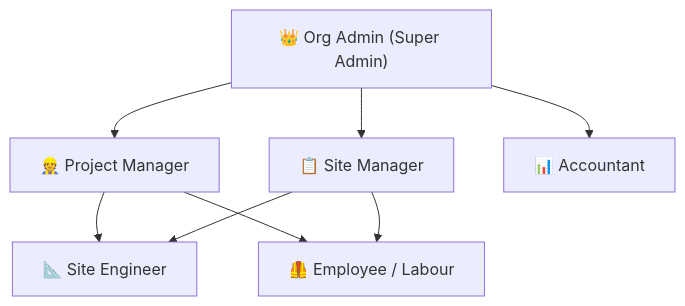
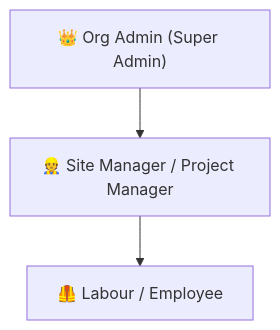
Before and after one commit to Devesh369/Construction-Management: the diagram in docs/BUILDSPHERE_RBAC_PERMISSIONS_GUIDE.md, drawn with Mermaid. The commit also changed other lines of this file and 14 other files, not shown here.

Commit message:
Streamline RBAC to 3 roles: Org Admin, Site Manager / Project Manager, and Labour / Employee

````diff
--- a/docs/BUILDSPHERE_RBAC_PERMISSIONS_GUIDE.md
+++ b/docs/BUILDSPHERE_RBAC_PERMISSIONS_GUIDE.md
@@ -11,17 +11,9 @@
 ```mermaid
 flowchart TD
     OA["👑 Org Admin (Super Admin)"]
-    PM["👷 Project Manager"]
-    SM["📋 Site Manager"]
-    SE["📐 Site Engineer"]
-    ACC["📊 Accountant"]
-    EMP["🦺 Employee / Labour"]
+    SM["👷 Site Manager / Project Manager"]
+    EMP["🦺 Labour / Employee"]
 
-    OA --> PM
     OA --> SM
-    OA --> ACC
-    PM --> SE
-    SM --> SE
-    PM --> EMP
     SM --> EMP
 ```
````
